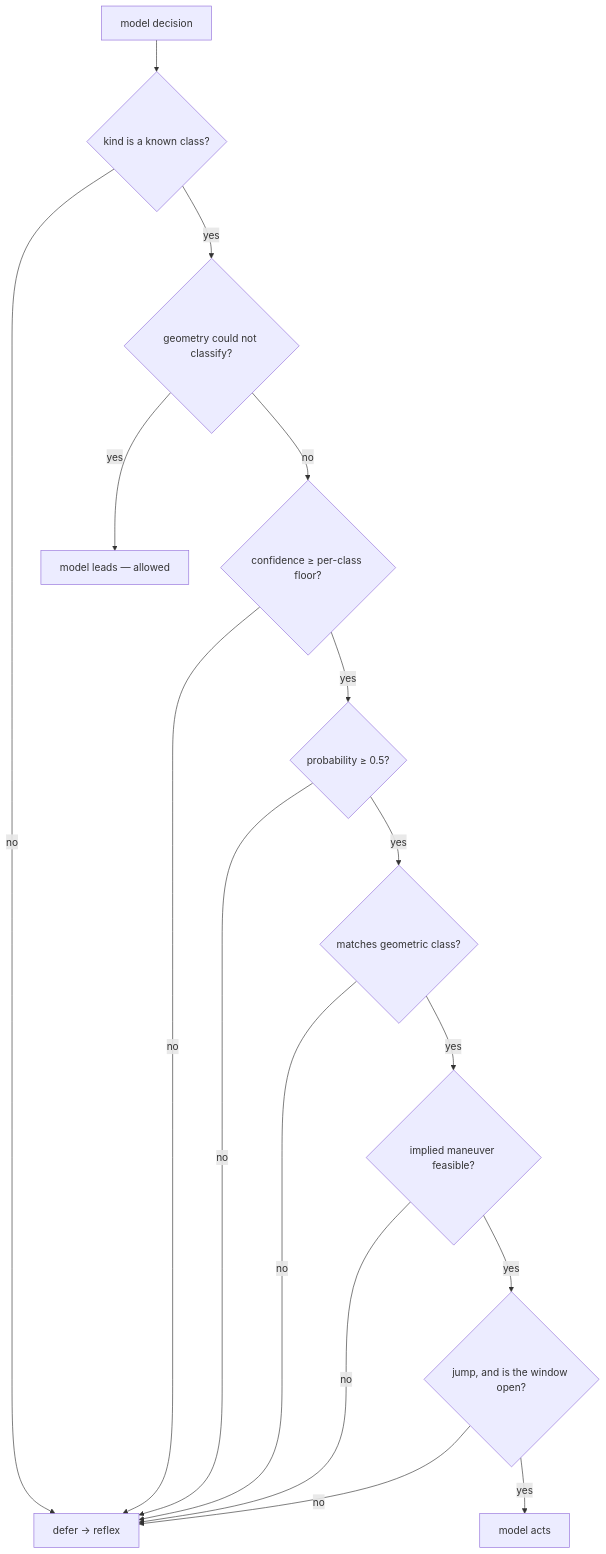
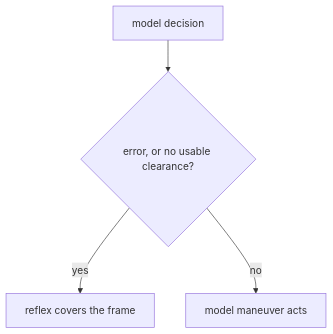
The third of 8 diagrams in ARCHITECTURE.md (naufalmalikr/decisaur), drawn with Mermaid before and after one commit. The commit also changed other lines of this file and 18 other files, not shown here.

````diff
--- a/ARCHITECTURE.md
+++ b/ARCHITECTURE.md
@@ -131,18 +131,6 @@
 ```mermaid
 flowchart TD
-    A["model decision"] --> B{"kind is a known class?"}
-    B -- no --> Z["defer → reflex"]
-    B -- yes --> C{"geometry could not classify?"}
-    C -- yes --> Y["model leads — allowed"]
-    C -- no --> D{"confidence ≥ per-class floor?"}
-    D -- no --> Z
-    D -- yes --> E{"probability ≥ 0.5?"}
-    E -- no --> Z
-    E -- yes --> F{"matches geometric class?"}
-    F -- no --> Z
-    F -- yes --> G{"implied maneuver feasible?"}
-    G -- no --> Z
-    G -- yes --> H{"jump, and is the window open?"}
-    H -- no --> Z
-    H -- yes --> X["model acts"]
+    A["model decision"] --> B{"error, or no usable clearance?"}
+    B -- yes --> Z["reflex covers the frame"]
+    B -- no --> Y["model maneuver acts"]
 ```
````
